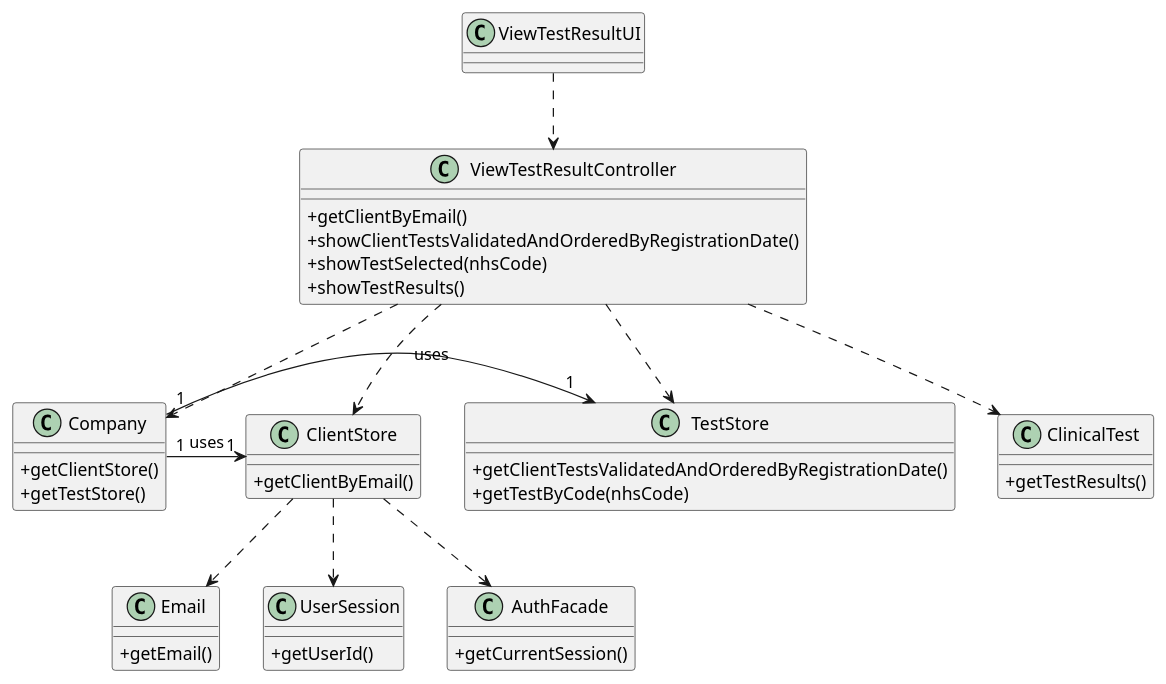
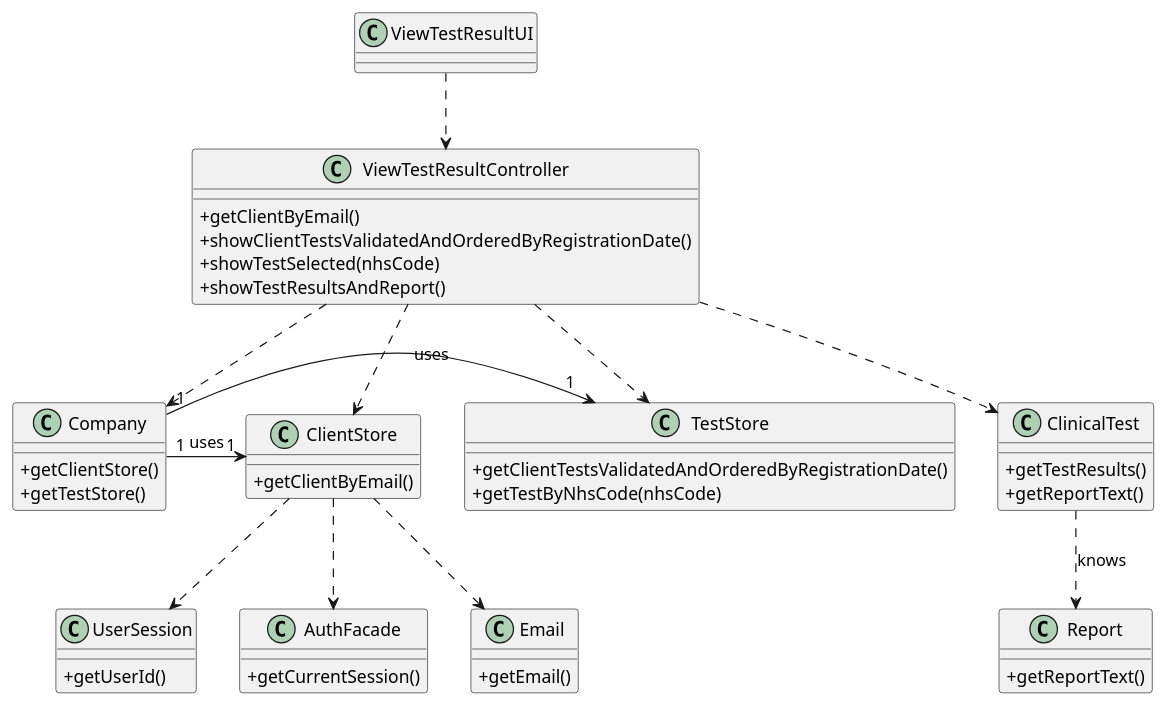
Before and after one commit to GuilhermeCunha79/lapr2: the diagram in docs/SprintD/US1/US1_CD.puml, drawn with PlantUML. The commit also changed 13 other files, not shown here.

```diff
--- a/docs/SprintD/US1/US1_CD.puml
+++ b/docs/SprintD/US1/US1_CD.puml
@@ -1,59 +1,64 @@
 @startuml
 skinparam classAttributeIconSize 0
 
 class ViewTestResultUI {
 }
 
 class ViewTestResultController {
 +getClientByEmail()
 +showClientTestsValidatedAndOrderedByRegistrationDate()
 +showTestSelected(nhsCode)
-+showTestResults()
++showTestResultsAndReport()
 }
 
 class Company {
 +getClientStore()
 +getTestStore()
 }
 
 class ClientStore {
 +getClientByEmail()
 }
 
 class TestStore {
 +getClientTestsValidatedAndOrderedByRegistrationDate()
-+getTestByCode(nhsCode)
++getTestByNhsCode(nhsCode)
 }
 
 class ClinicalTest {
 +getTestResults()
++getReportText()
+}
+
+class Report {
++getReportText()
 }
 
 
 class Email {
 +getEmail()
 }
 
 class UserSession {
 +getUserId()
 }
 
 class AuthFacade {
 +getCurrentSession()
 }
 
 ViewTestResultUI ..> ViewTestResultController
 ViewTestResultController ..> Company
 ViewTestResultController ..> ClientStore
 ViewTestResultController ..> TestStore
 ViewTestResultController ..>  ClinicalTest
 
 
 Company"1" -> "1"ClientStore : uses
 Company"1" -> "1"TestStore : uses
 ClientStore ..> AuthFacade
 ClientStore ..> UserSession
 ClientStore ..> Email
-
+ClinicalTest ..> Report: knows
 
 @enduml
```
